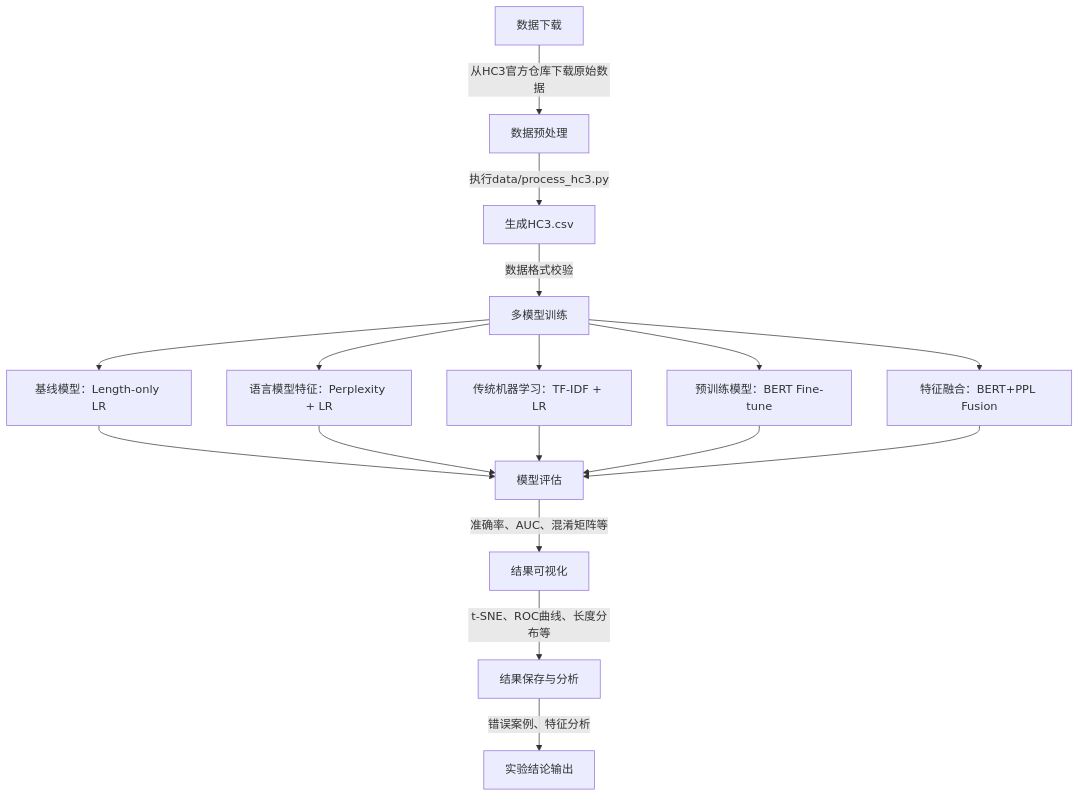
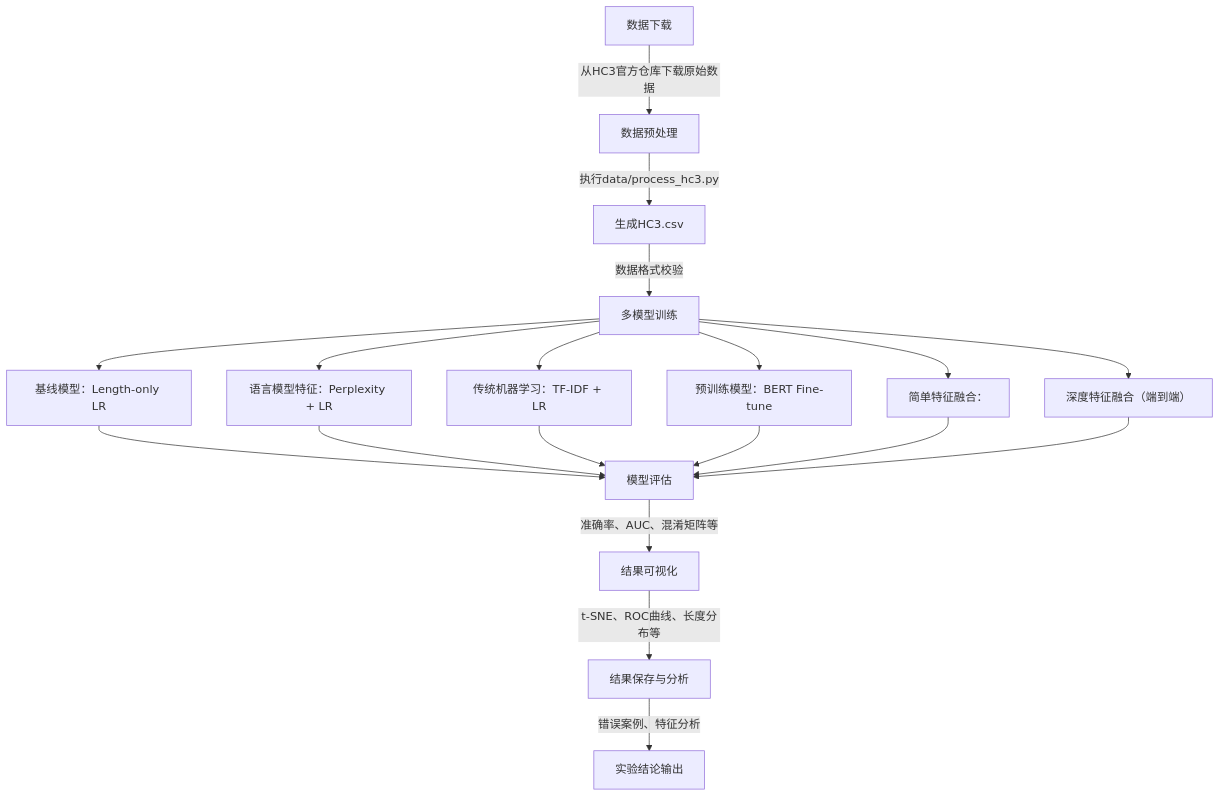
The diagram in README.md (Chen-daydayup/AI-Text-Detection), drawn with Mermaid before and after one commit.

Commit message:
Update README with project details and instructions

````diff
--- a/README.md
+++ b/README.md
@@ -31,15 +31,16 @@
 ```mermaid
 flowchart TD
     A[数据下载] -- 从HC3官方仓库下载原始数据 --> B[数据预处理]
     B -- 执行data/process_hc3.py --> B1[生成HC3.csv]
     B1 -- 数据格式校验 --> C[多模型训练]
     C --> C1[基线模型：Length-only LR]
     C --> C2[语言模型特征：Perplexity + LR]
     C --> C3[传统机器学习：TF-IDF + LR]
     C --> C4[预训练模型：BERT Fine-tune]
-    C --> C5[特征融合：BERT+PPL Fusion]
-    C1 & C2 & C3 & C4 & C5 --> D[模型评估]
+    C --> C5[简单特征融合：]
+    C --> C6[深度特征融合（端到端）]
+    C1 & C2 & C3 & C4 & C5 & C6 --> D[模型评估]
     D -- 准确率、AUC、混淆矩阵等 --> E[结果可视化]
     E -- t-SNE、ROC曲线、长度分布等 --> F[结果保存与分析]
     F -- 错误案例、特征分析 --> G[实验结论输出]
 ```
````
